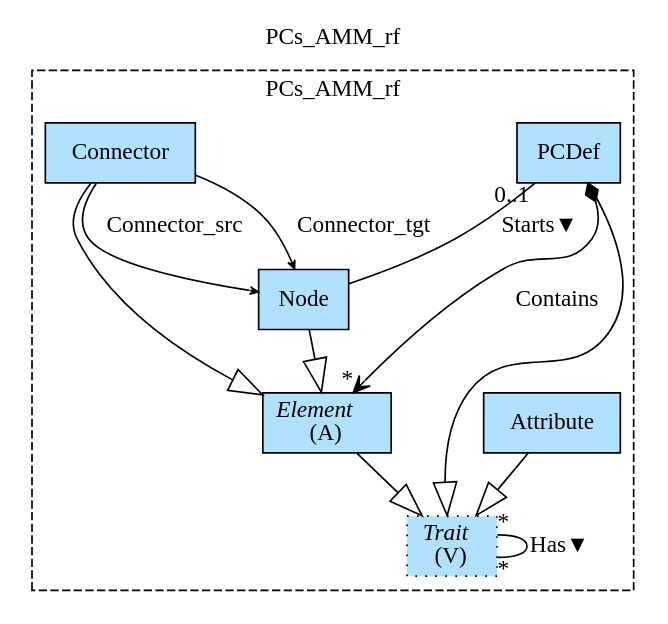
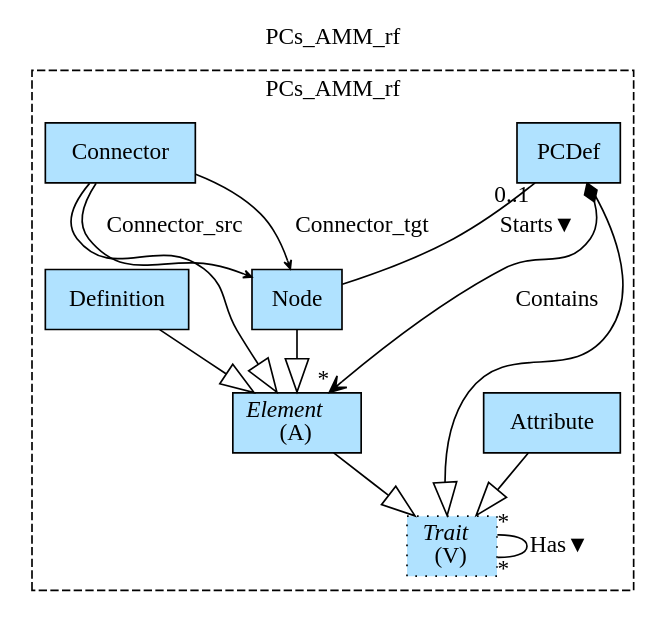
One commit to namalio/Fragmenta changed the diagram in Haskell/PCs/MM/img/PCs_AMM_rf.gv. Above: the diagram before and after it, drawn with Graphviz. The commit also changed 114 other files, not shown here.

```diff
--- a/Haskell/PCs/MM/img/PCs_AMM_rf.gv
+++ b/Haskell/PCs/MM/img/PCs_AMM_rf.gv
@@ -1,22 +1,24 @@
 digraph {graph[label=PCs_AMM_rf,labelloc=tl,labelfontsize=12];
 subgraph cluster_PCs_AMM_rf{style=dashed;label=PCs_AMM_rf;
 "Attribute"[shape=record,fillcolor=lightskyblue1,style = filled,label="Attribute"];
 "Element"[shape=record,fillcolor=lightskyblue1,style = filled,label=<{<I>Element</I><br/>(A)}>];
 "PCDef"[shape=record,fillcolor=lightskyblue1,style = filled,label="PCDef"];
 "Trait"[shape=record,fillcolor=lightskyblue1,style ="filled,dotted",label=<{<I>Trait</I><br/>(V)}>];
 "Node"[shape=record,fillcolor=lightskyblue1,style = filled,label="Node"];
 "Connector"[shape=record,fillcolor=lightskyblue1,style = filled,label="Connector"];
+"Definition"[shape=record,fillcolor=lightskyblue1,style = filled,label="Definition"];
 
 "PCDef"->"Element"[label="Contains",arrowhead=vee,arrowtail=diamond,dir=both,headlabel="*"];
 "Element"->"Trait"[arrowhead=onormal,arrowsize=2.0];
 "PCDef"->"Trait"[arrowhead=onormal,arrowsize=2.0];
 "Attribute"->"Trait"[arrowhead=onormal,arrowsize=2.0];
 "Connector"->"Element"[arrowhead=onormal,arrowsize=2.0];
+"Definition"->"Element"[arrowhead=onormal,arrowsize=2.0];
 "Node"->"Element"[arrowhead=onormal,arrowsize=2.0];
 "Trait"->"Trait"[label="Has▼",dir=none,taillabel="*",headlabel="*"];
 "PCDef"->"Node"[label="Starts▼",dir=none,taillabel="0..1",headlabel=""];
 "Connector"->"Node"[label="Connector_src",arrowhead=vee,headlabel="",arrowsize=.5];
 "Connector"->"Node"[label="Connector_tgt",arrowhead=vee,headlabel="",arrowsize=.5];
 
 }
 }
```
